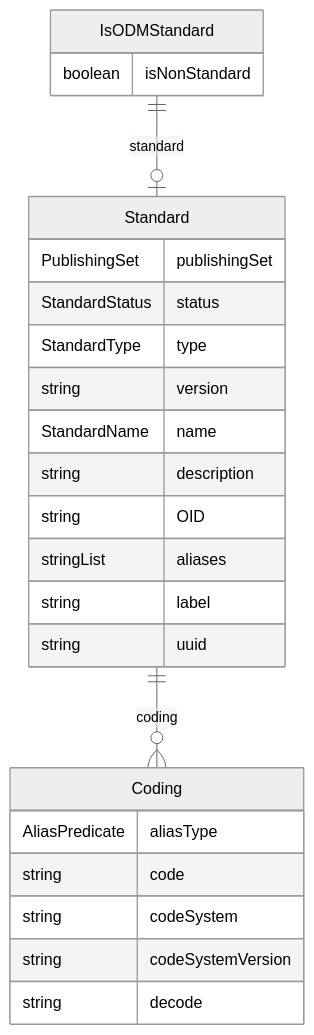
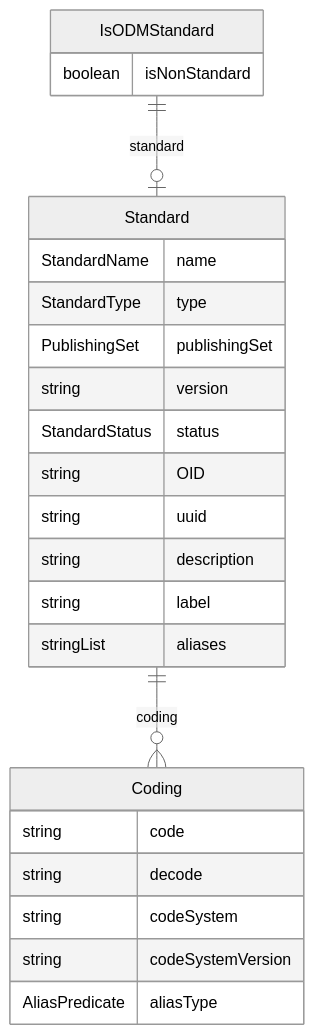
One commit to cdisc-org/DataExchange-DDS changed the diagram in docs/classes/IsODMStandard.md. Above: the diagram before and after it, drawn with Mermaid (neutral theme). The commit also changed other lines of this file and 313 other files, not shown here.

````diff
--- a/docs/classes/IsODMStandard.md
+++ b/docs/classes/IsODMStandard.md
@@ -20,29 +15,29 @@
 ```mermaid
 erDiagram
-Coding {
-    AliasPredicate aliasType  
-    string code  
-    string codeSystem  
-    string codeSystemVersion  
-    string decode  
-}
 IsODMStandard {
     boolean isNonStandard  
 }
 Standard {
+    StandardName name  
+    StandardType type  
     PublishingSet publishingSet  
+    string version  
     StandardStatus status  
-    StandardType type  
-    string version  
-    StandardName name  
+    string OID  
+    string uuid  
     string description  
-    string OID  
+    string label  
     stringList aliases  
-    string label  
-    string uuid  
+}
+Coding {
+    string code  
+    string decode  
+    string codeSystem  
+    string codeSystemVersion  
+    AliasPredicate aliasType  
 }
 
 IsODMStandard ||--|o Standard : "standard"
 Standard ||--}o Coding : "coding"
 
 ```
````
